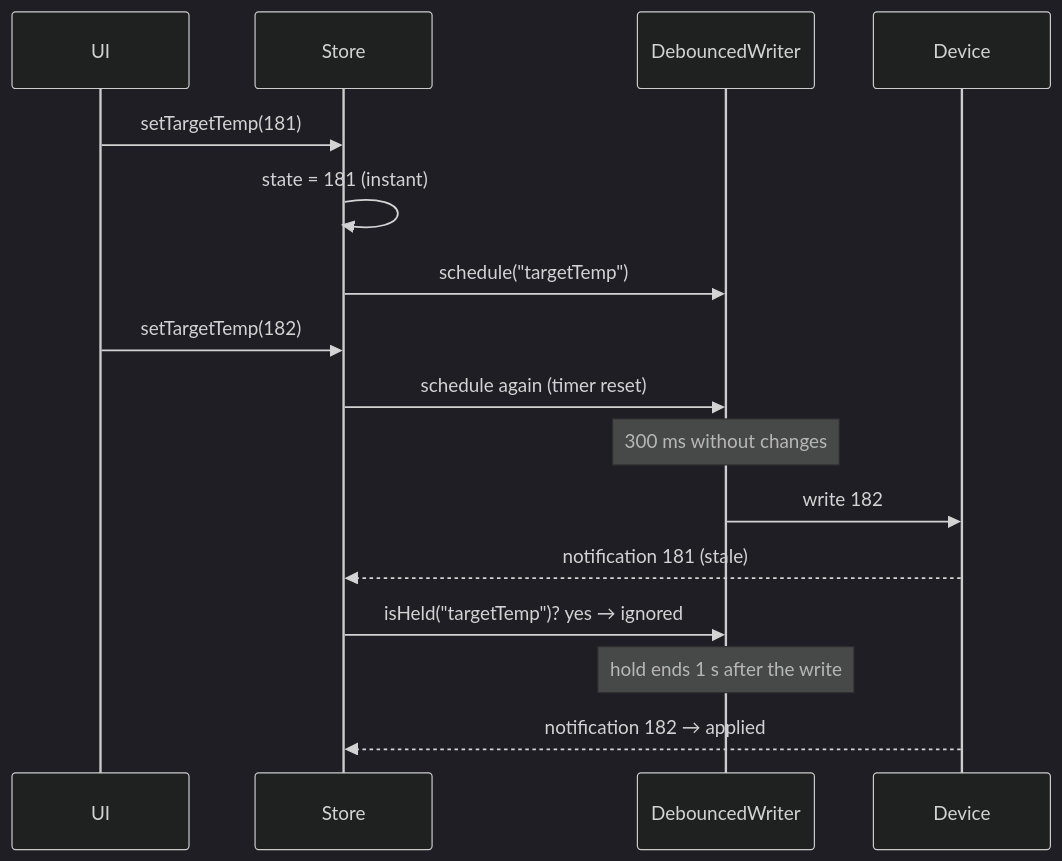
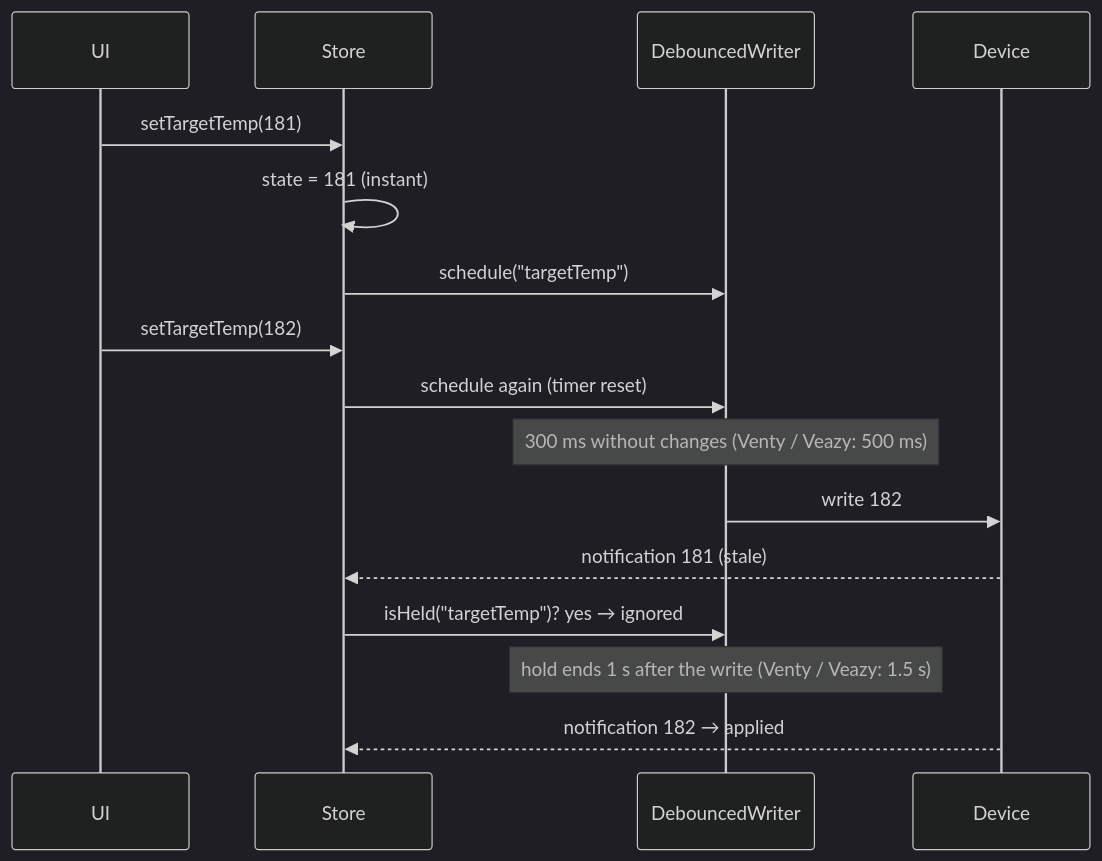
One commit to firsttris/reactive-volcano-app changed the third of 3 diagrams in docs/architecture.md. Above: the diagram before and after it, drawn with Mermaid (dark theme). The commit also changed 22 other files, not shown here.

````diff
--- a/docs/architecture.md
+++ b/docs/architecture.md
@@ -138,19 +138,19 @@
 ```mermaid
 sequenceDiagram
   participant UI
   participant Store
   participant Writer as DebouncedWriter
   participant Dev as Device
 
   UI->>Store: setTargetTemp(181)
   Store->>Store: state = 181 (instant)
   Store->>Writer: schedule("targetTemp")
   UI->>Store: setTargetTemp(182)
   Store->>Writer: schedule again (timer reset)
-  Note over Writer: 300 ms without changes
+  Note over Writer: 300 ms without changes (Venty / Veazy: 500 ms)
   Writer->>Dev: write 182
   Dev-->>Store: notification 181 (stale)
   Store->>Writer: isHeld("targetTemp")? yes → ignored
-  Note over Writer: hold ends 1 s after the write
+  Note over Writer: hold ends 1 s after the write (Venty / Veazy: 1.5 s)
   Dev-->>Store: notification 182 → applied
 ```
````
